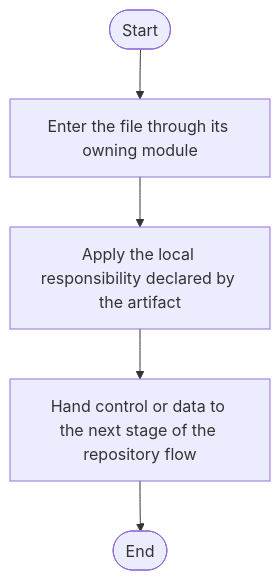
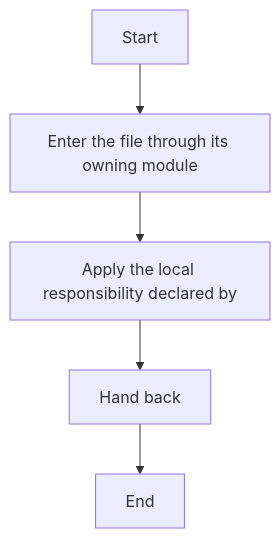
Before and after one commit to JohnAndrewBalbarosa/NeoTerritory: the diagram in docs/Codebase/Notes.md, drawn with Mermaid. The commit also changed other lines of this file and 752 other files, not shown here.

````diff
--- a/docs/Codebase/Notes.md
+++ b/docs/Codebase/Notes.md
@@ -29,12 +22,12 @@
 ```mermaid
 flowchart TD
-    Start([Start])
-    N0[Enter the file through its owning module]
-    N1[Apply the local responsibility declared by the artifact]
-    N2[Hand control or data to the next stage of the repository flow]
-    End([End])
+    Start["Start"]
+    N0["Enter the file through its owning module"]
+    N1["Apply the local responsibility declared by"]
+    N2["Hand back"]
+    End["End"]
     Start --> N0
     N0 --> N1
     N1 --> N2
     N2 --> End
 ```
````
